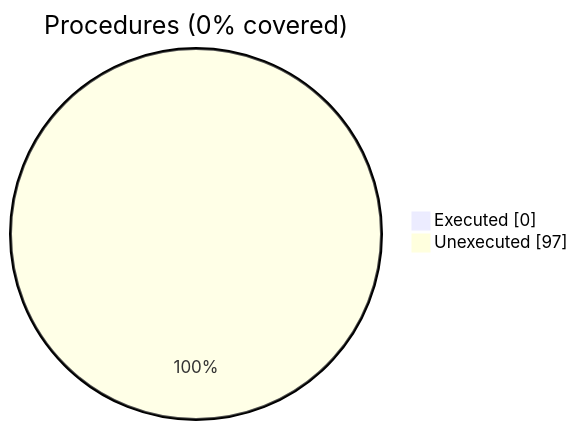
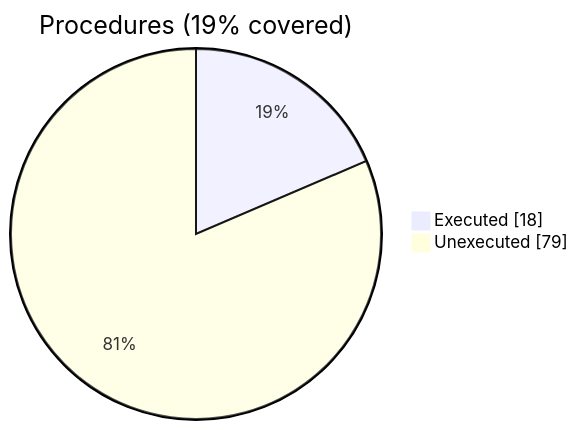
Before and after one commit to szaghi/VTKFortran: the second of 2 diagrams in docs/guide/vtk_fortran_dataarray_encoder.f90.gcov.md, drawn with Mermaid. The commit also changed other lines of this file and 9 other files, not shown here.

````diff
--- a/docs/guide/vtk_fortran_dataarray_encoder.f90.gcov.md
+++ b/docs/guide/vtk_fortran_dataarray_encoder.f90.gcov.md
@@ -24,6 +24,6 @@
 ```mermaid
 pie showData
-    title Procedures (0% covered)
-    "Executed" : 0
-    "Unexecuted" : 97
+    title Procedures (19% covered)
+    "Executed" : 18
+    "Unexecuted" : 79
 ```
````
